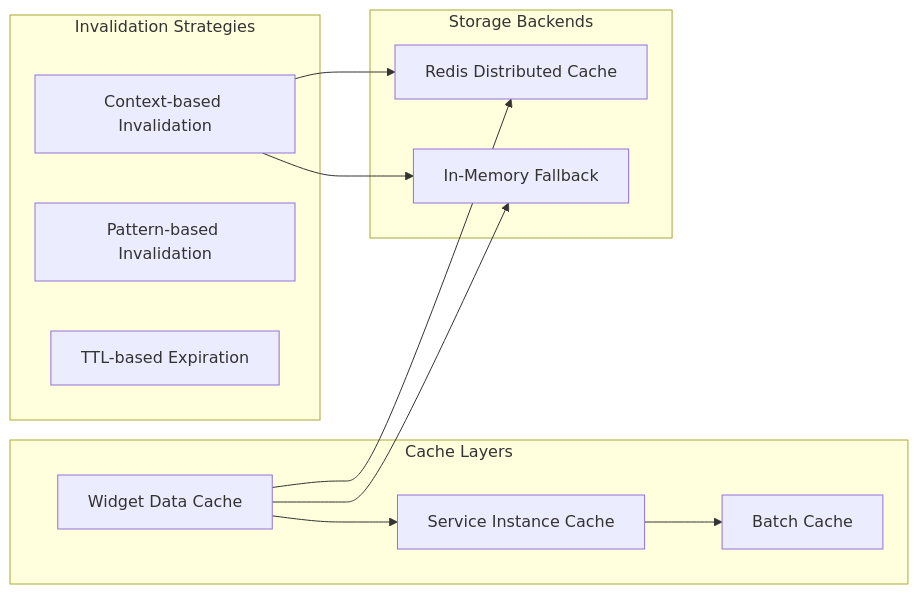
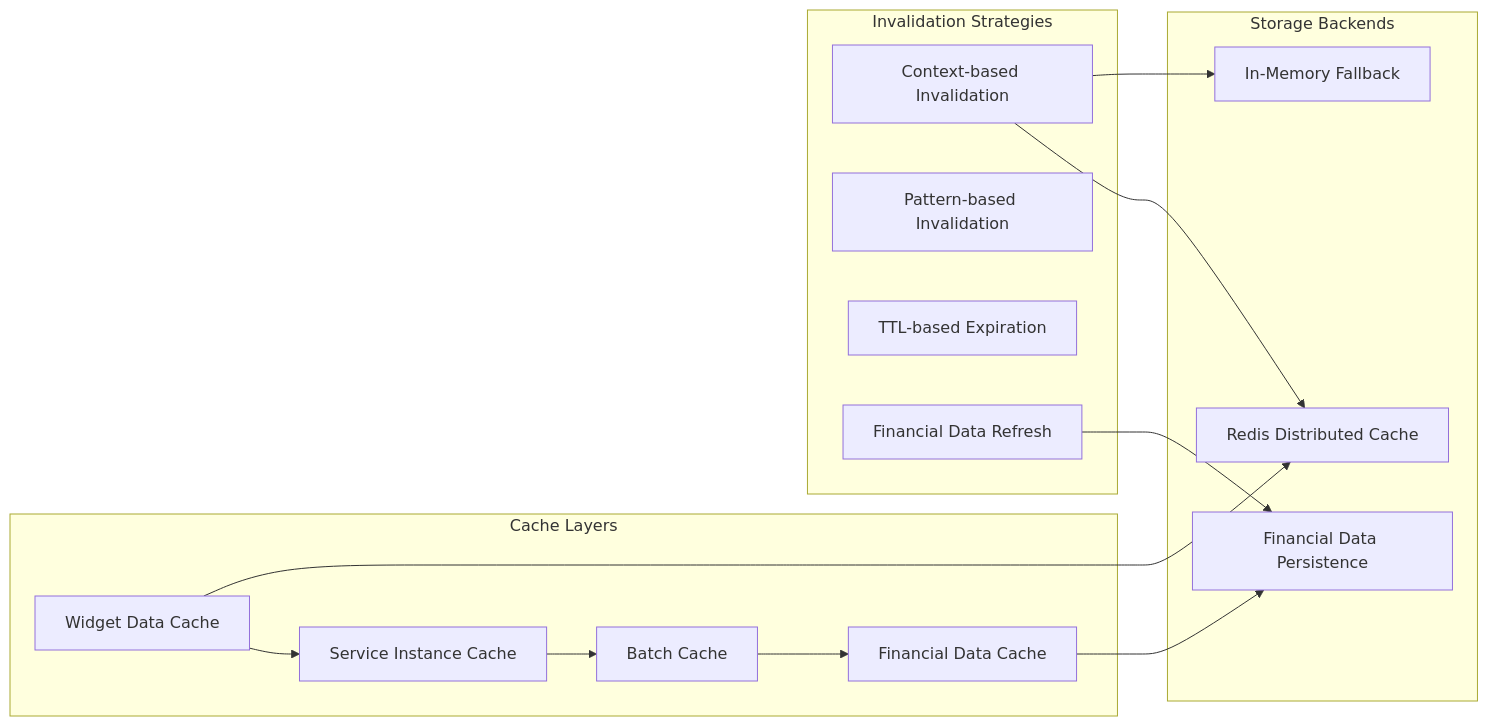
One commit to franckylab/eLISAschool changed the seventh of 11 diagrams in .qoder/repowiki/en/content/Modules & Features/Dashboard System Implementation.md. Above: the diagram before and after it, drawn with Mermaid. The commit also changed other lines of this file and 236 other files, not shown here.

````diff
--- a/.qoder/repowiki/en/content/Modules & Features/Dashboard System Implementation.md
+++ b/.qoder/repowiki/en/content/Modules & Features/Dashboard System Implementation.md
@@ -281,20 +356,24 @@
 ```mermaid
 graph LR
 subgraph "Cache Layers"
 A[Widget Data Cache] --> B[Service Instance Cache]
 B --> C[Batch Cache]
+C --> D[Financial Data Cache]
 end
 subgraph "Invalidation Strategies"
-D[Context-based Invalidation]
-E[Pattern-based Invalidation]
-F[TTL-based Expiration]
+E[Context-based Invalidation]
+F[Pattern-based Invalidation]
+G[TTL-based Expiration]
+H[Financial Data Refresh]
 end
 subgraph "Storage Backends"
-G[Redis Distributed Cache]
-H[In-Memory Fallback]
+I[Redis Distributed Cache]
+J[In-Memory Fallback]
+K[Financial Data Persistence]
 end
-A --> G
-A --> H
-D --> G
-D --> H
+A --> I
+D --> K
+E --> I
+E --> J
+H --> K
 ```
````
